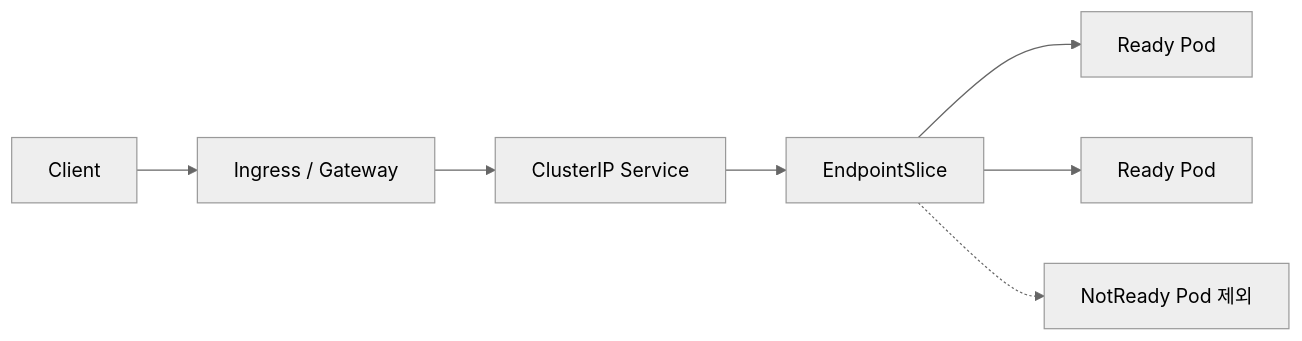
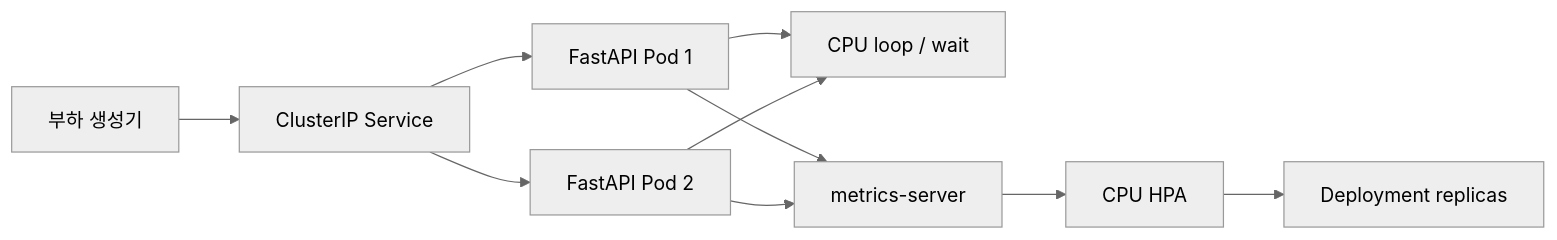
The second of 2 diagrams in docs/ml-platform/study-week-03.md (skgreenstar/skgreenstar.github.io), drawn with Mermaid (neutral theme) before and after one commit. The commit also changed other lines of this file, not shown here.

````diff
--- a/docs/ml-platform/study-week-03.md
+++ b/docs/ml-platform/study-week-03.md
@@ -73,9 +64,12 @@
 ```mermaid
 flowchart LR
-  Client[Client] --> Gateway[Ingress / Gateway]
-  Gateway --> Service[ClusterIP Service]
-  Service --> ES[EndpointSlice]
-  ES --> Ready1[Ready Pod]
-  ES --> Ready2[Ready Pod]
-  ES -.-> NotReady[NotReady Pod 제외]
+  L[부하 생성기] --> S[ClusterIP Service]
+  S --> P1[FastAPI Pod 1]
+  S --> P2[FastAPI Pod 2]
+  P1 --> C[CPU loop / wait]
+  P2 --> C
+  P1 --> M[metrics-server]
+  P2 --> M
+  M --> H[CPU HPA]
+  H --> D[Deployment replicas]
 ```
````
